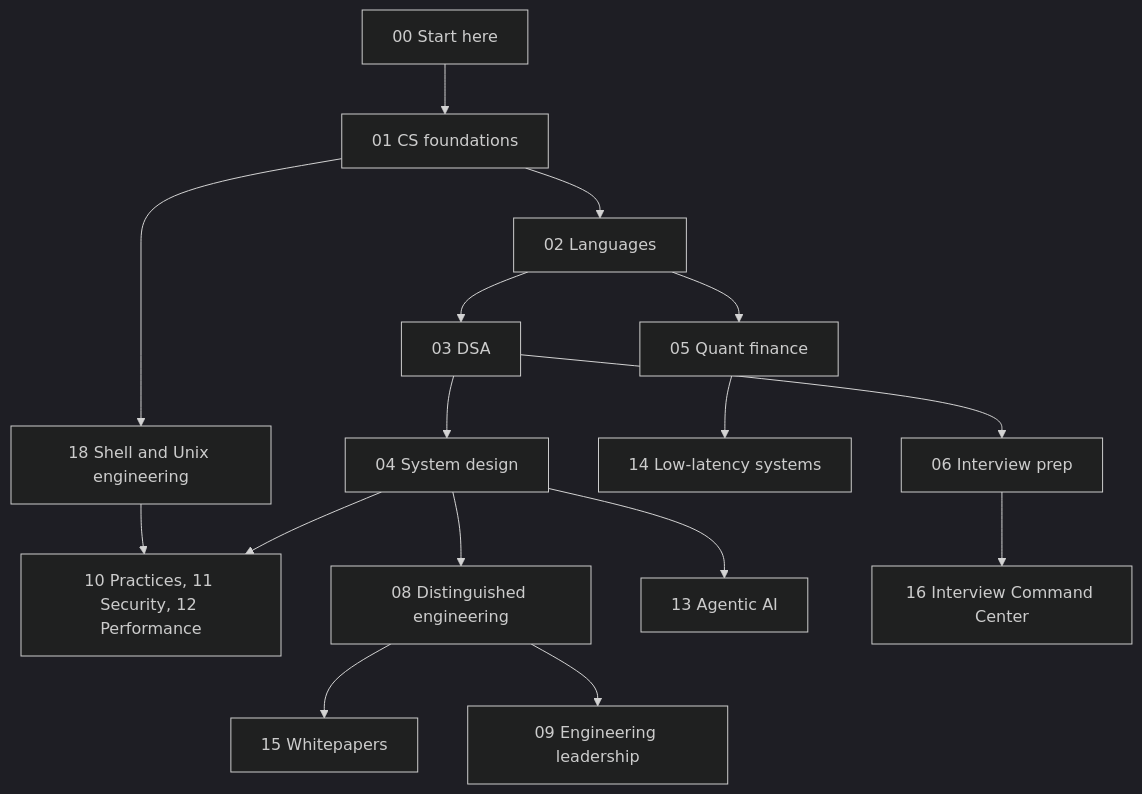
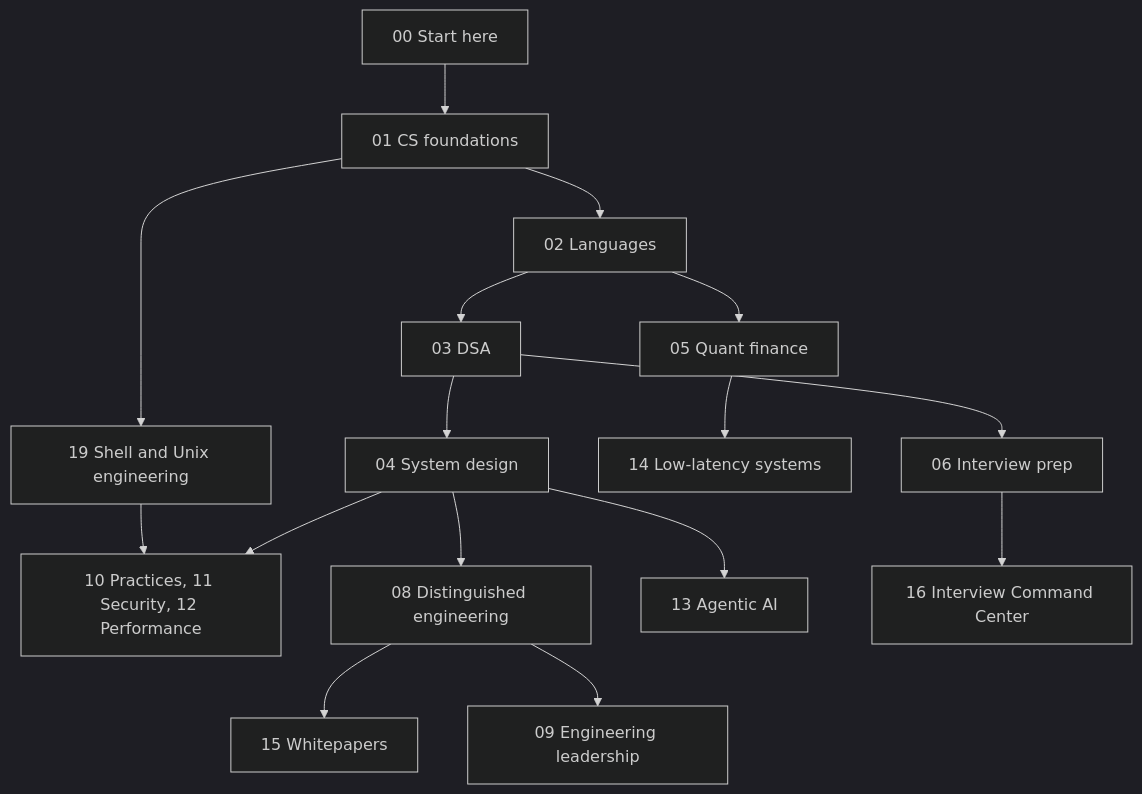
Before and after one commit to shreejitverma/SDE-Interview-Prep: the first of 5 diagrams in 00-Start-Here/Roadmap.md, drawn with Mermaid (dark theme). The commit also changed other lines of this file and 643 other files, not shown here.

````diff
--- a/00-Start-Here/Roadmap.md
+++ b/00-Start-Here/Roadmap.md
@@ -22,18 +22,18 @@
 ```mermaid
 flowchart TD
     Start["00 Start here"] --> Foundations["01 CS foundations"]
     Foundations --> Languages["02 Languages"]
-    Foundations --> Shell["18 Shell and Unix engineering"]
+    Foundations --> Shell["19 Shell and Unix engineering"]
     Shell --> Practices
     Languages --> DSA["03 DSA"]
     DSA --> Design["04 System design"]
     Design --> Distinguished["08 Distinguished engineering"]
     Distinguished --> Papers["15 Whitepapers"]
     Design --> Practices["10 Practices, 11 Security, 12 Performance"]
     Languages --> Quant["05 Quant finance"]
     Quant --> LowLatency["14 Low-latency systems"]
     Design --> Agentic["13 Agentic AI"]
     DSA --> Interview["06 Interview prep"]
     Interview --> Command["16 Interview Command Center"]
     Distinguished --> Leadership["09 Engineering leadership"]
 ```
````
